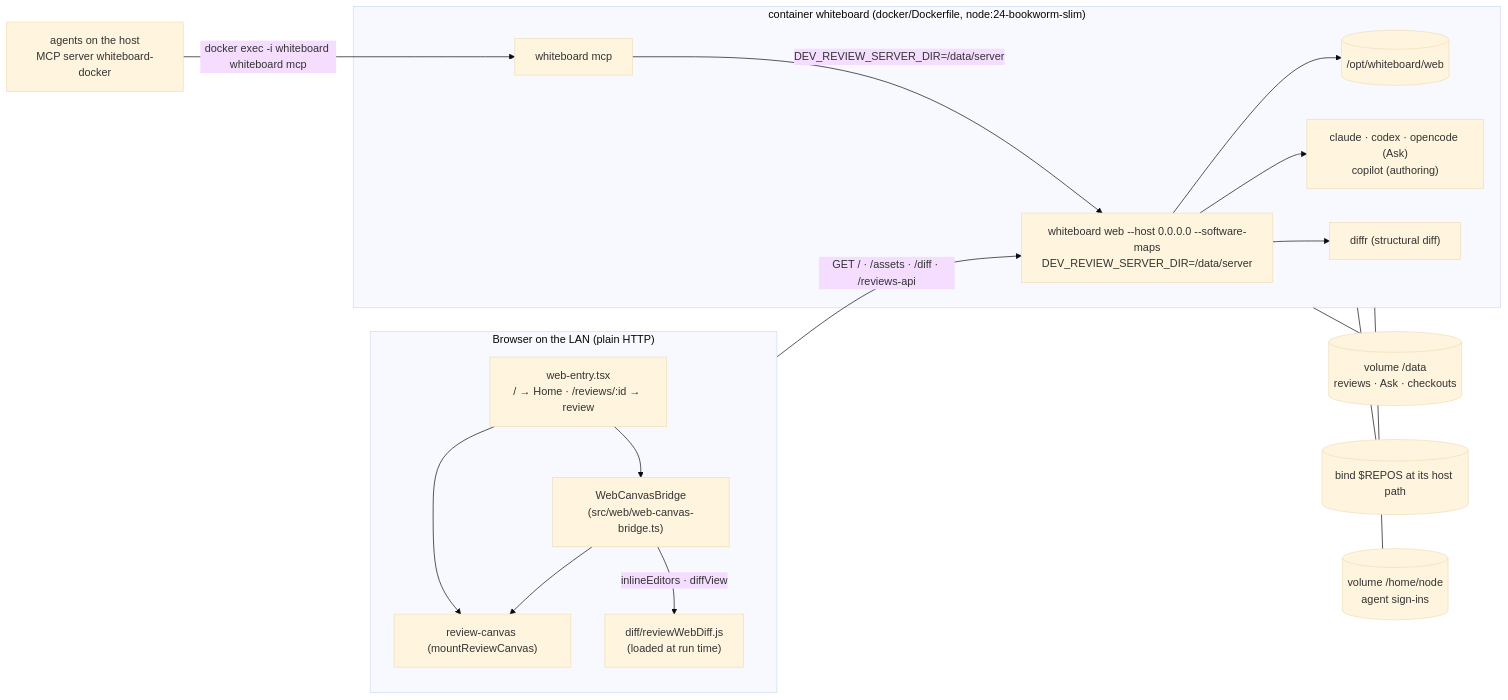
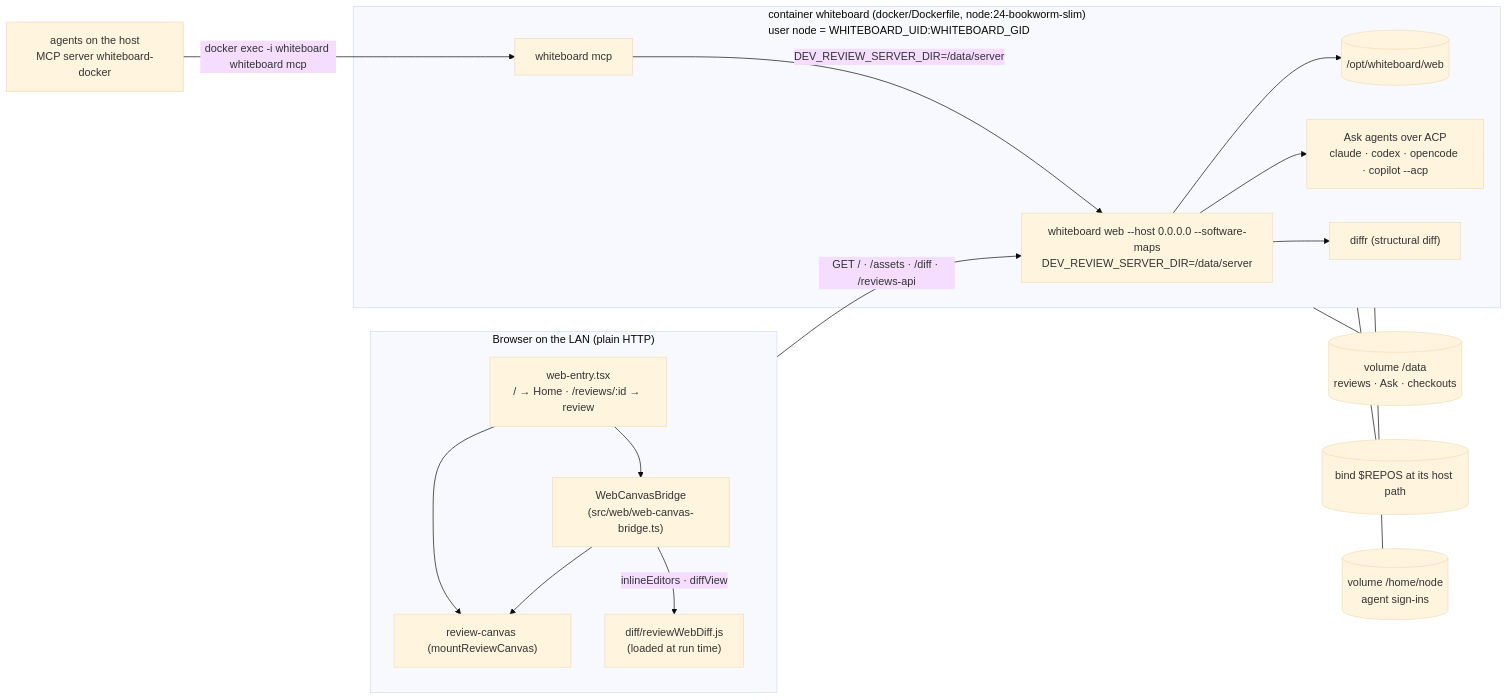
One commit to BlakeDanielFederal/whiteboard changed the fifth of 5 diagrams in docs/architecture.md. Above: the diagram before and after it, drawn with Mermaid (base theme).

Commit message:
Show Copilot among Ask's agents and the container user's build-time IDs in the container diagram

````diff
--- a/docs/architecture.md
+++ b/docs/architecture.md
@@ -107,32 +107,32 @@
 ```mermaid
 flowchart LR
   subgraph browser["Browser on the LAN (plain HTTP)"]
     entry["web-entry.tsx<br/>/ → Home · /reviews/:id → review"]
     bridge["WebCanvasBridge<br/>(src/web/web-canvas-bridge.ts)"]
     canvas["review-canvas (mountReviewCanvas)"]
     difflib["diff/reviewWebDiff.js<br/>(loaded at run time)"]
     entry --> canvas
     entry --> bridge
     bridge --> canvas
     bridge -- "inlineEditors · diffView" --> difflib
   end
 
-  subgraph container["container whiteboard (docker/Dockerfile, node:24-bookworm-slim)"]
+  subgraph container["container whiteboard (docker/Dockerfile, node:24-bookworm-slim)<br/>user node = WHITEBOARD_UID:WHITEBOARD_GID"]
     host["whiteboard web --host 0.0.0.0 --software-maps<br/>DEV_REVIEW_SERVER_DIR=/data/server"]
     assets[("/opt/whiteboard/web")]
-    agents["claude · codex · opencode (Ask)<br/>copilot (authoring)"]
+    agents["Ask agents over ACP<br/>claude · codex · opencode · copilot --acp"]
     mcp["whiteboard mcp"]
     diffr["diffr (structural diff)"]
     host --> assets
     host --> agents
     host --> diffr
     mcp -- "DEV_REVIEW_SERVER_DIR=/data/server" --> host
   end
 
   hostagents["agents on the host<br/>MCP server whiteboard-docker"] -- "docker exec -i whiteboard whiteboard mcp" --> mcp
 
   browser -- "GET / · /assets · /diff · /reviews-api" --> host
   container --- data[("volume /data<br/>reviews · Ask · checkouts")]
   container --- repos[("bind $REPOS at its host path")]
   container --- home[("volume /home/node<br/>agent sign-ins")]
 ```
````
